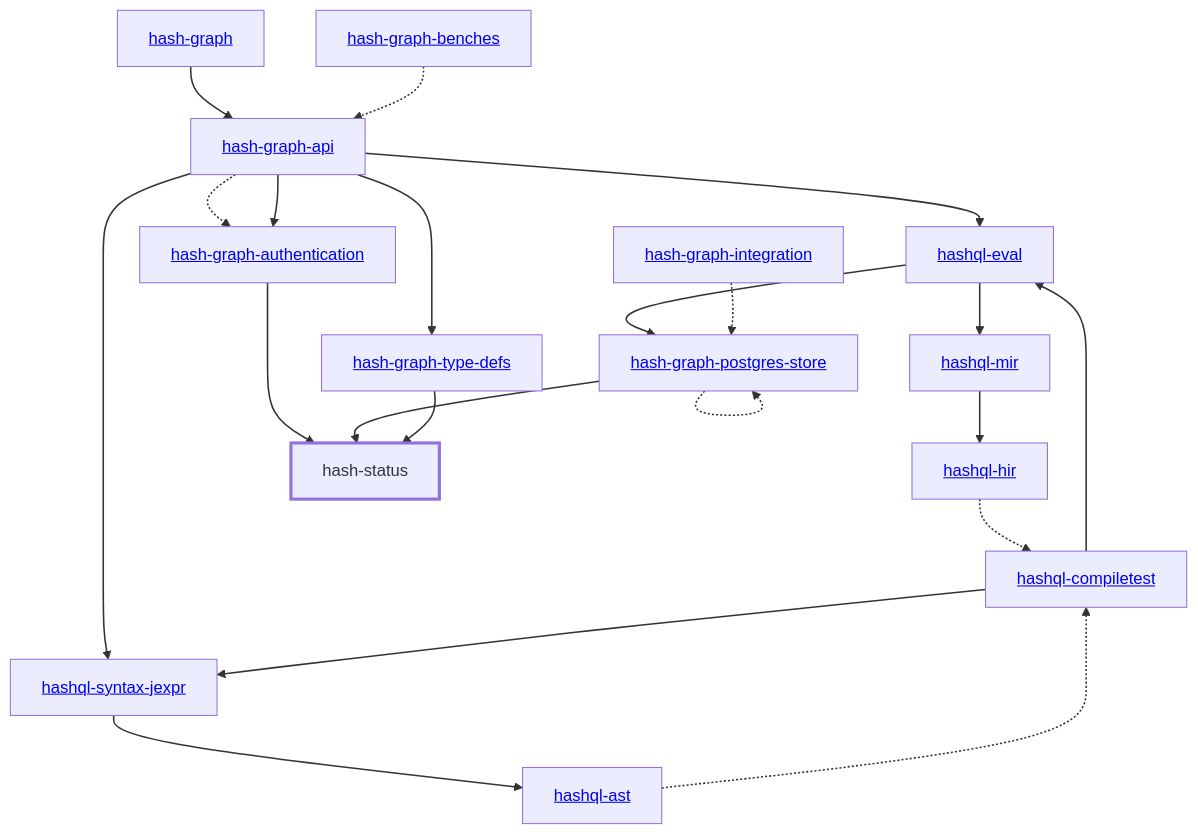
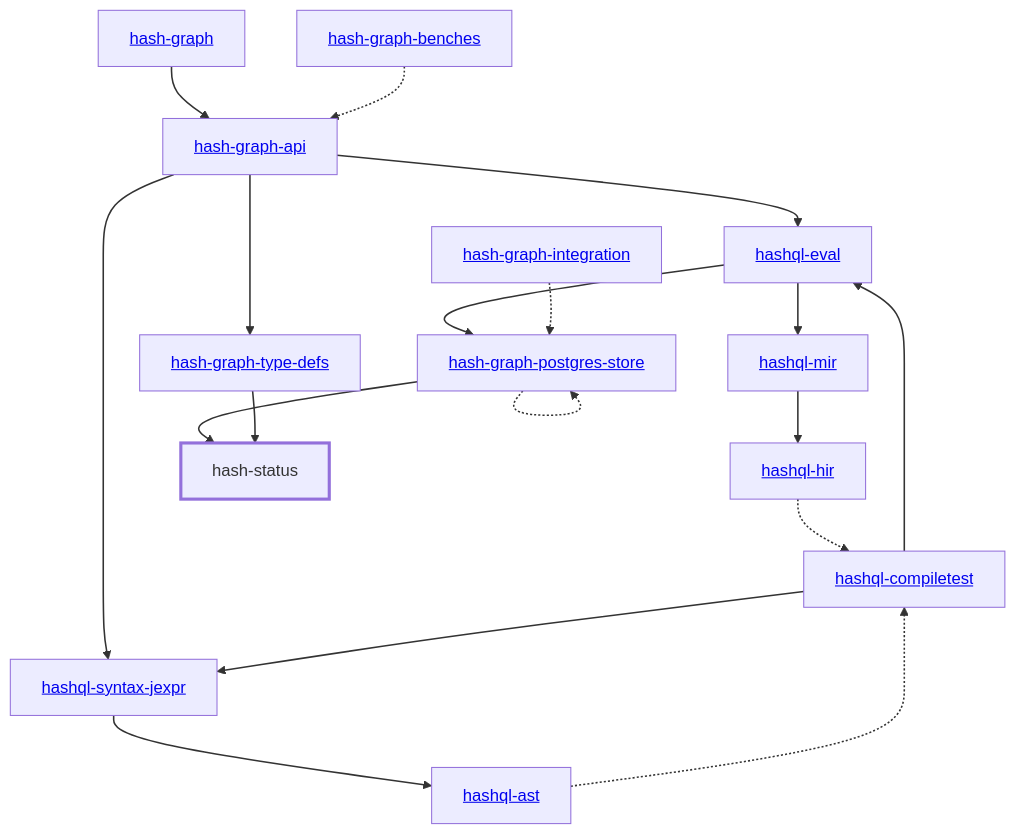
One commit to hashintel/hash changed the diagram in libs/@local/status/rust/docs/dependency-diagram.mmd. Above: the diagram before and after it, drawn with Mermaid. The commit also changed 51 other files, not shown here.

```diff
--- a/libs/@local/status/rust/docs/dependency-diagram.mmd
+++ b/libs/@local/status/rust/docs/dependency-diagram.mmd
@@ -1,45 +1,41 @@
 graph TD
     linkStyle default stroke-width:1.5px
     classDef default stroke-width:1px
     classDef root stroke-width:3px
     classDef dev stroke-width:1px
     classDef build stroke-width:1px
     %% Legend
     %% --> : Normal dependency
     %% -.-> : Dev dependency
     %% ---> : Build dependency
     0[<a href="../hash_graph/index.html">hash-graph</a>]
     1[<a href="../hash_graph_api/index.html">hash-graph-api</a>]
-    2[<a href="../hash_graph_authentication/index.html">hash-graph-authentication</a>]
-    3[<a href="../hash_graph_postgres_store/index.html">hash-graph-postgres-store</a>]
-    4[<a href="../hash_graph_type_defs/index.html">hash-graph-type-defs</a>]
-    5[<a href="../hashql_ast/index.html">hashql-ast</a>]
-    6[<a href="../hashql_compiletest/index.html">hashql-compiletest</a>]
-    7[<a href="../hashql_eval/index.html">hashql-eval</a>]
-    8[<a href="../hashql_hir/index.html">hashql-hir</a>]
-    9[<a href="../hashql_mir/index.html">hashql-mir</a>]
-    10[<a href="../hashql_syntax_jexpr/index.html">hashql-syntax-jexpr</a>]
-    11[hash-status]
-    class 11 root
-    12[<a href="../hash_graph_benches/index.html">hash-graph-benches</a>]
-    13[<a href="../hash_graph_integration/index.html">hash-graph-integration</a>]
+    2[<a href="../hash_graph_postgres_store/index.html">hash-graph-postgres-store</a>]
+    3[<a href="../hash_graph_type_defs/index.html">hash-graph-type-defs</a>]
+    4[<a href="../hashql_ast/index.html">hashql-ast</a>]
+    5[<a href="../hashql_compiletest/index.html">hashql-compiletest</a>]
+    6[<a href="../hashql_eval/index.html">hashql-eval</a>]
+    7[<a href="../hashql_hir/index.html">hashql-hir</a>]
+    8[<a href="../hashql_mir/index.html">hashql-mir</a>]
+    9[<a href="../hashql_syntax_jexpr/index.html">hashql-syntax-jexpr</a>]
+    10[hash-status]
+    class 10 root
+    11[<a href="../hash_graph_benches/index.html">hash-graph-benches</a>]
+    12[<a href="../hash_graph_integration/index.html">hash-graph-integration</a>]
     0 --> 1
-    1 -.-> 2
-    1 --> 2
-    1 --> 4
-    1 --> 7
-    1 --> 10
-    2 --> 11
-    3 -.-> 3
-    3 --> 11
-    4 --> 11
-    5 -.-> 6
-    6 --> 7
-    6 --> 10
-    7 --> 3
-    7 --> 9
-    8 -.-> 6
-    9 --> 8
-    10 --> 5
-    12 -.-> 1
-    13 -.-> 3
+    1 --> 3
+    1 --> 6
+    1 --> 9
+    2 -.-> 2
+    2 --> 10
+    3 --> 10
+    4 -.-> 5
+    5 --> 6
+    5 --> 9
+    6 --> 2
+    6 --> 8
+    7 -.-> 5
+    8 --> 7
+    9 --> 4
+    11 -.-> 1
+    12 -.-> 2
```
